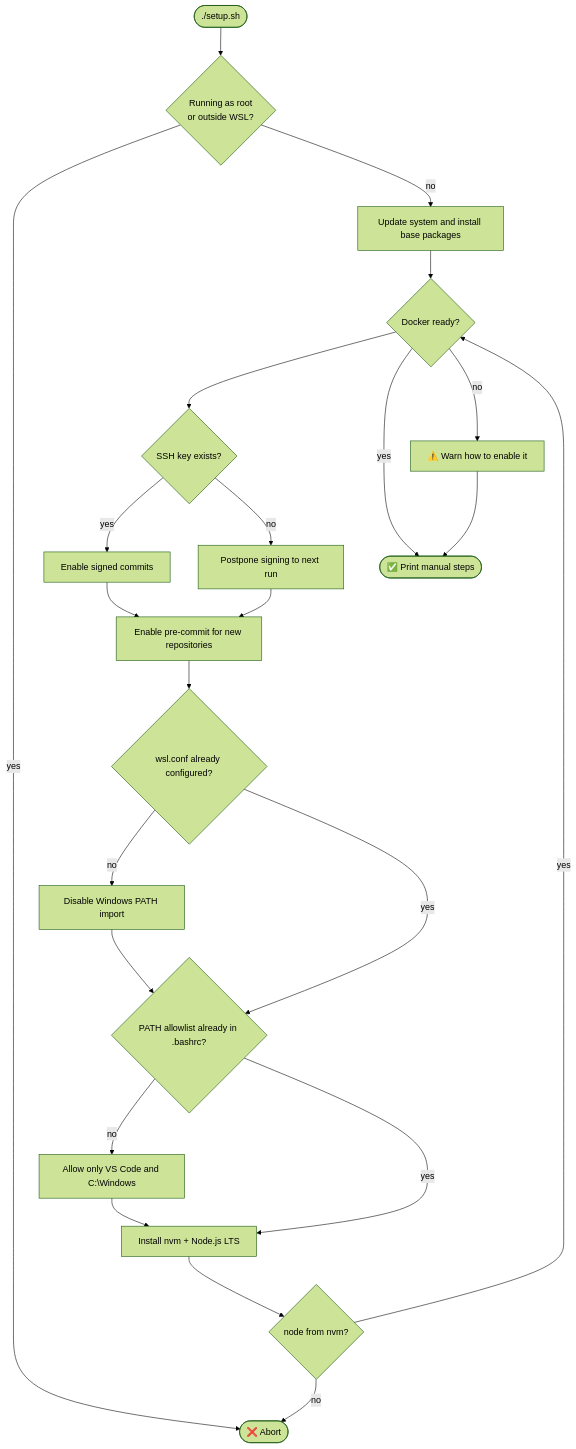
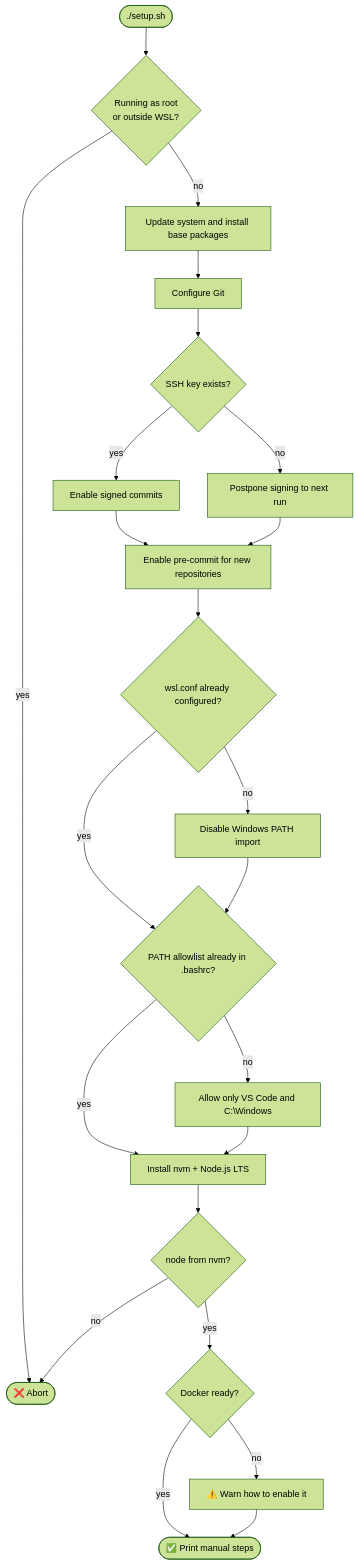
Before and after one commit to ADSLustosa/secure-wsl-devkit: the diagram in README.md, drawn with Mermaid (forest theme). The commit also changed other lines of this file and 3 other files, not shown here.

Commit message:
fix: corrige o diagrama de decisão e atualiza a demonstração do terminal

````diff
--- a/README.md
+++ b/README.md
@@ -85,24 +83,24 @@
 ```mermaid
 flowchart TD
     A([./setup.sh]) --> B{Running as root<br/>or outside WSL?}
     B -- yes --> X([❌ Abort])
     B -- no --> C[Update system and install base packages]
     C --> D[Configure Git]
     D --> E{SSH key exists?}
     E -- yes --> F[Enable signed commits]
     E -- no --> G[Postpone signing to next run]
     F --> P[Enable pre-commit for new repositories]
     G --> P
     P --> H{wsl.conf already configured?}
     H -- no --> I[Disable Windows PATH import]
     H -- yes --> J
     I --> J{PATH allowlist already in .bashrc?}
     J -- no --> K[Allow only VS Code and C:\Windows]
     J -- yes --> L
     K --> L[Install nvm + Node.js LTS]
     L --> M{node from nvm?}
     M -- no --> X
-    M -- yes --> D{Docker ready?}
-    D -- yes --> N([✅ Print manual steps])
-    D -- no --> W[⚠️ Warn how to enable it] --> N
+    M -- yes --> DK{Docker ready?}
+    DK -- yes --> N([✅ Print manual steps])
+    DK -- no --> W[⚠️ Warn how to enable it] --> N
 ```
````
